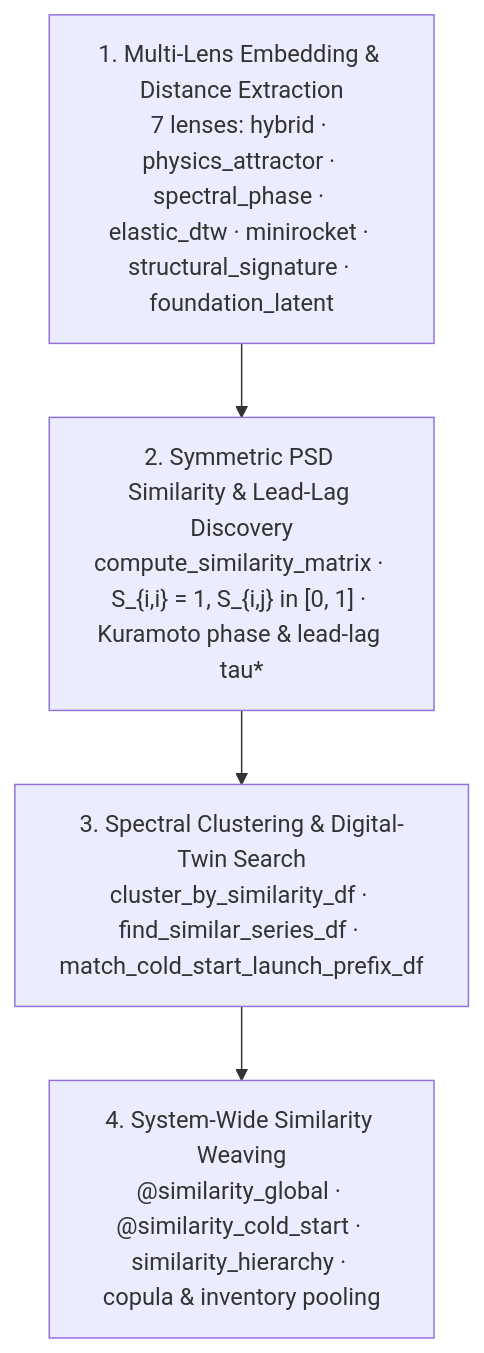
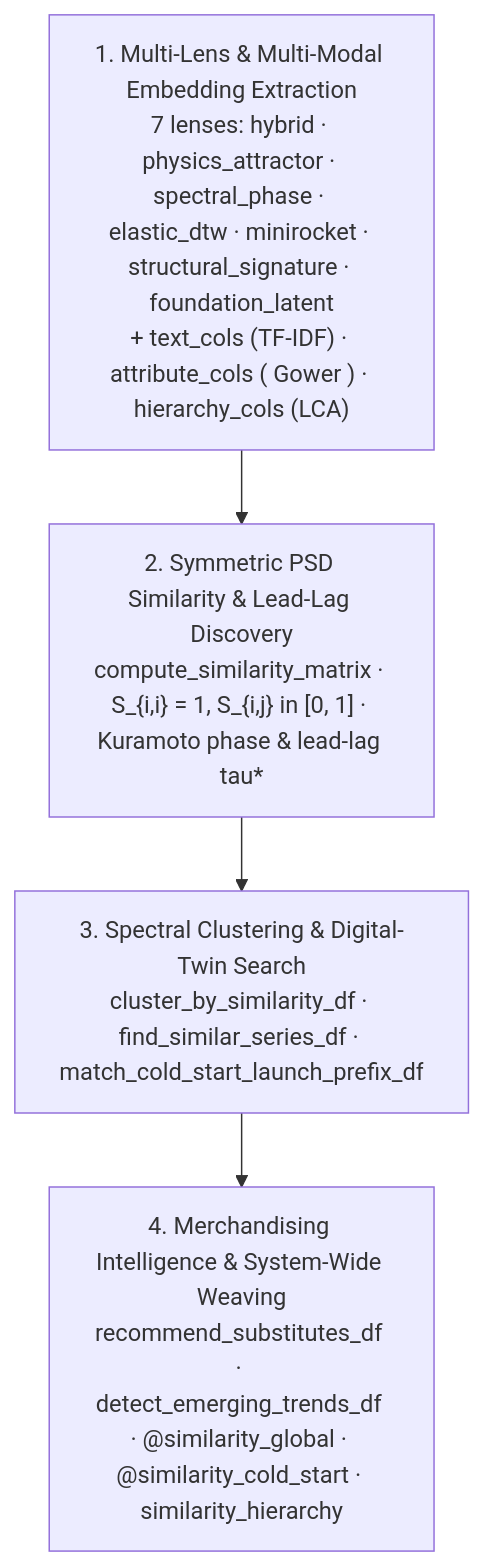
The diagram in docs/api/similarity.md (statmike/scale-forecasting), drawn with Mermaid before and after one commit. The commit also changed 21 other files, not shown here.

Commit message:
feat(sdk,mcp,docs,notebooks): expose multi-modal similarity, substitutes, and emerging trends across workbench, MCP, live cloud validation, and persisted notebooks

````diff
--- a/docs/api/similarity.md
+++ b/docs/api/similarity.md
@@ -3,6 +3,6 @@
 ```mermaid
 flowchart TD
-    S1["1. Multi-Lens Embedding & Distance Extraction<br/>7 lenses: hybrid · physics_attractor · spectral_phase · elastic_dtw · minirocket · structural_signature · foundation_latent"] --> S2["2. Symmetric PSD Similarity & Lead-Lag Discovery<br/>compute_similarity_matrix · S_{i,i} = 1, S_{i,j} in [0, 1] · Kuramoto phase & lead-lag tau*"]
+    S1["1. Multi-Lens & Multi-Modal Embedding Extraction<br/>7 lenses: hybrid · physics_attractor · spectral_phase · elastic_dtw · minirocket · structural_signature · foundation_latent<br/>+ text_cols (TF-IDF) · attribute_cols ( Gower ) · hierarchy_cols (LCA)"] --> S2["2. Symmetric PSD Similarity & Lead-Lag Discovery<br/>compute_similarity_matrix · S_{i,i} = 1, S_{i,j} in [0, 1] · Kuramoto phase & lead-lag tau*"]
     S2 --> S3["3. Spectral Clustering & Digital-Twin Search<br/>cluster_by_similarity_df · find_similar_series_df · match_cold_start_launch_prefix_df"]
-    S3 --> S4["4. System-Wide Similarity Weaving<br/>@similarity_global · @similarity_cold_start · similarity_hierarchy · copula & inventory pooling"]
+    S3 --> S4["4. Merchandising Intelligence & System-Wide Weaving<br/>recommend_substitutes_df · detect_emerging_trends_df · @similarity_global · @similarity_cold_start · similarity_hierarchy"]
 ```
````
